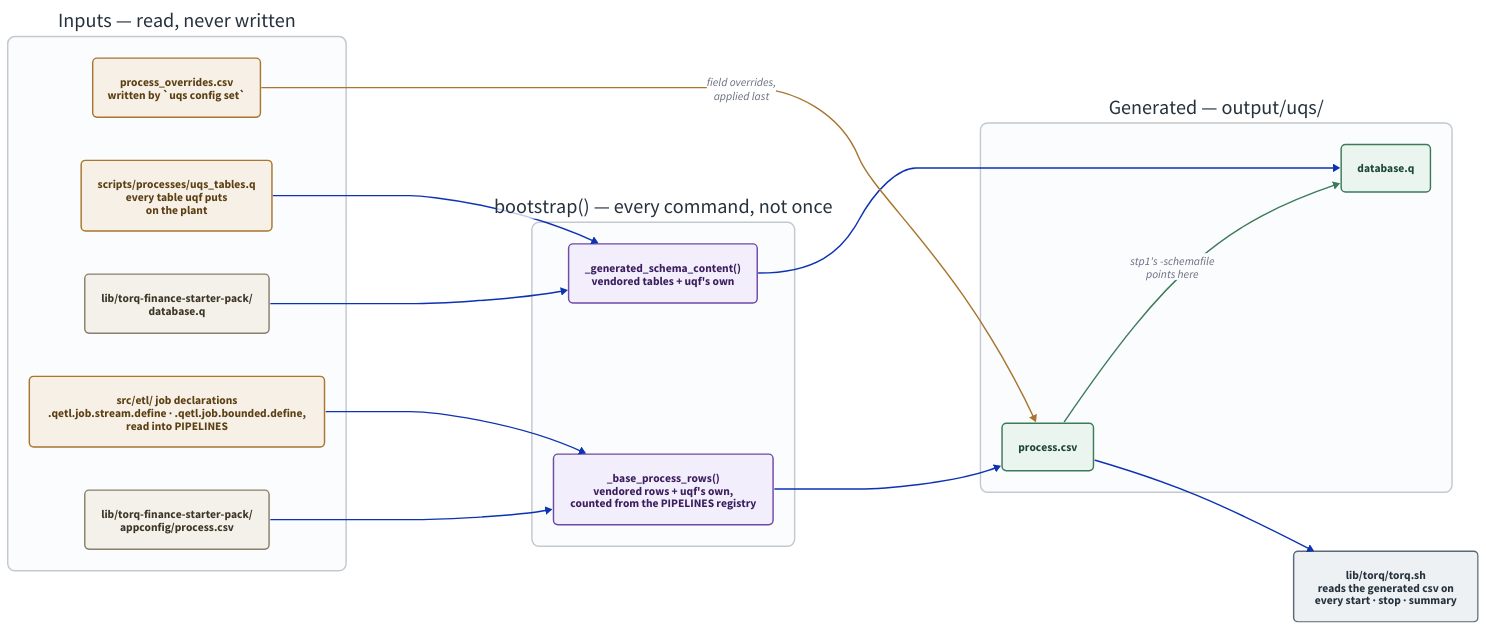
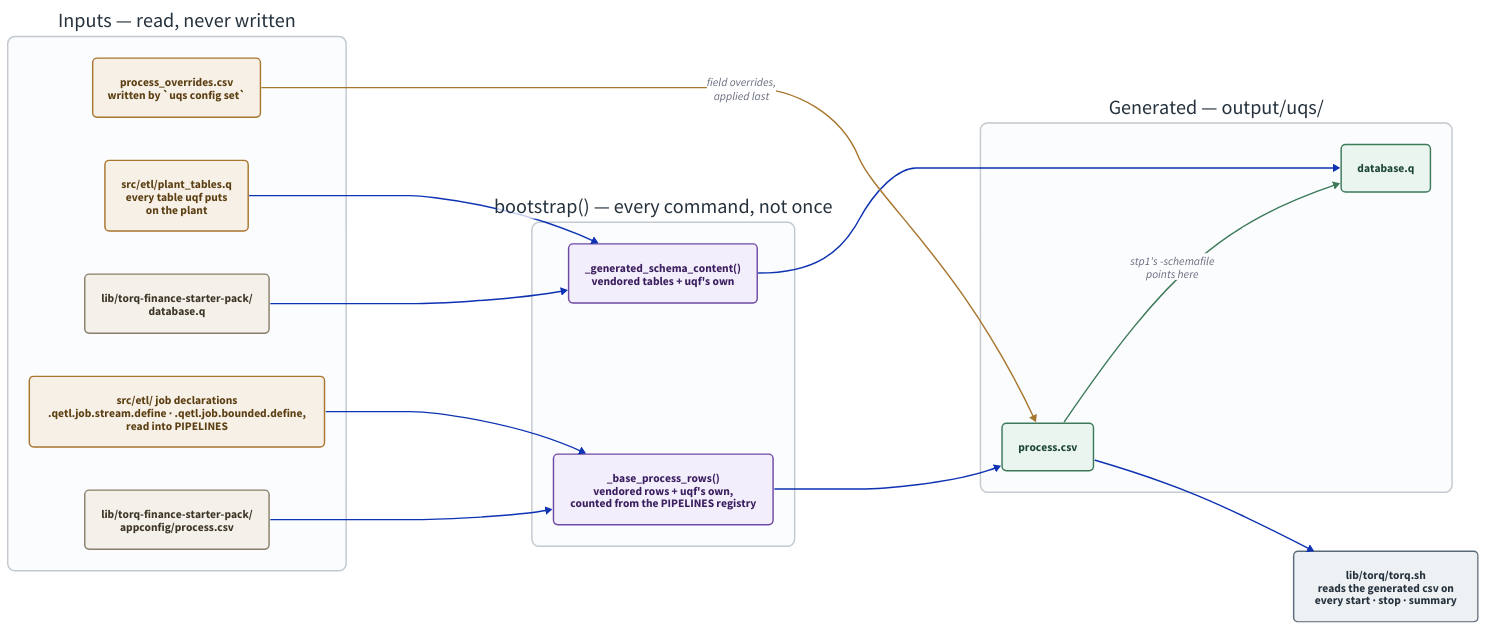
One commit to kwojdalski/uqf changed the diagram in docs/diagrams/config-generation.d2. Above: the diagram before and after it, drawn with D2. The commit also changed 68 other files, not shown here.

```diff
--- a/docs/diagrams/config-generation.d2
+++ b/docs/diagrams/config-generation.d2
@@ -1,128 +1,128 @@
 # config-generation.d2 - how the vendored TorQ config becomes the config the
 # stack actually runs on.
 #
 # Rendered by scripts/generate/render_diagrams.py, which CI runs with
 # --check. Embedded from docs/architecture/stack.md.
 #
 # THE RULE THIS DRAWS is H-01: the vendored trees are never written to. Read
 # the vendored file fresh, generate an extended copy, point the running
 # process at the copy. An edit to lib/ would work until the next upgrade and
 # then be silently lost, which is the failure the whole arrangement exists
 # to make impossible.
 #
 # The other thing worth seeing is that there is no setup step. bootstrap()
 # regenerates both outputs on EVERY command - start, stop, summary, all of
 # them - so the generated files are always a fresh function of the vendored
 # tree plus the three small tracked extension files. Nothing here is a state
 # you can get out of sync; the only way to change the output is to change an
 # input.
 
 direction: right
 
 vars: {
   d2-config: {
     pad: 40
   }
 }
 
 classes: {
   vendored: {
     style: {
       fill: "#f4f1ea"
       stroke: "#8a7f6a"
       font-color: "#3d3527"
       border-radius: 6
     }
   }
   tracked: {
     style: {
       fill: "#f6f0e6"
       stroke: "#a8762f"
       font-color: "#5c3f13"
       border-radius: 6
     }
   }
   step: {
     style: {
       fill: "#f3eefb"
       stroke: "#6f4aa5"
       font-color: "#3a1e5f"
       border-radius: 6
     }
   }
   generated: {
     style: {
       fill: "#eaf5ef"
       stroke: "#3d7a5a"
       font-color: "#1d4733"
       border-radius: 6
     }
   }
   consumer: {
     style: {
       fill: "#eef1f4"
       stroke: "#5a6a78"
       font-color: "#25323d"
       border-radius: 6
     }
   }
 }
 
 inputs: "Inputs — read, never written" {
   style: {
     fill: "#fbfcfd"
     stroke: "#c3c9cf"
     stroke-width: 2
     border-radius: 10
     font-color: "#25323d"
   }
 
   # Declared in the order they are consumed - the process.csv inputs, then
   # the database.q ones - so dagre keeps each group near the step it feeds.
   vendored_csv: "lib/torq-finance-starter-pack/\nappconfig/process.csv" { class: vendored }
   declarations: "src/etl/ job declarations\n.qetl.job.stream.define · .qetl.job.bounded.define,\nread into PIPELINES" { class: tracked }
   overrides: "process_overrides.csv\nwritten by `uqs config set`" { class: tracked }
   vendored_schema: "lib/torq-finance-starter-pack/\ndatabase.q" { class: vendored }
-  tables: "scripts/processes/uqs_tables.q\nevery table uqf puts\non the plant" { class: tracked }
+  tables: "src/etl/plant_tables.q\nevery table uqf puts\non the plant" { class: tracked }
 }
 
 bootstrap: "bootstrap() — every command, not once" {
   style: {
     fill: "#fbfcfd"
     stroke: "#c3c9cf"
     stroke-width: 2
     border-radius: 10
     font-color: "#25323d"
   }
 
   rows: "_base_process_rows()\nvendored rows + uqf's own,\ncounted from the PIPELINES registry" { class: step }
   schema: "_generated_schema_content()\nvendored tables + uqf's own" { class: step }
 }
 
 outputs: "Generated — output/uqs/" {
   style: {
     fill: "#fbfcfd"
     stroke: "#c3c9cf"
     stroke-width: 2
     border-radius: 10
     font-color: "#25323d"
   }
 
   gen_csv: "process.csv" { class: generated }
   gen_schema: "database.q" { class: generated }
 
   gen_csv -> gen_schema: "stp1's -schemafile\npoints here" { style.stroke: "#3d7a5a" }
 }
 
 torqsh: "lib/torq/torq.sh\nreads the generated csv on\nevery start · stop · summary" { class: consumer }
 
 inputs.vendored_csv -> bootstrap.rows
 inputs.vendored_schema -> bootstrap.schema
 inputs.declarations -> bootstrap.rows
 inputs.tables -> bootstrap.schema
 
 bootstrap.rows -> outputs.gen_csv
 bootstrap.schema -> outputs.gen_schema
 inputs.overrides -> outputs.gen_csv: "field overrides,\napplied last" { style.stroke: "#a8762f" }
 
 outputs.gen_csv -> torqsh
```
